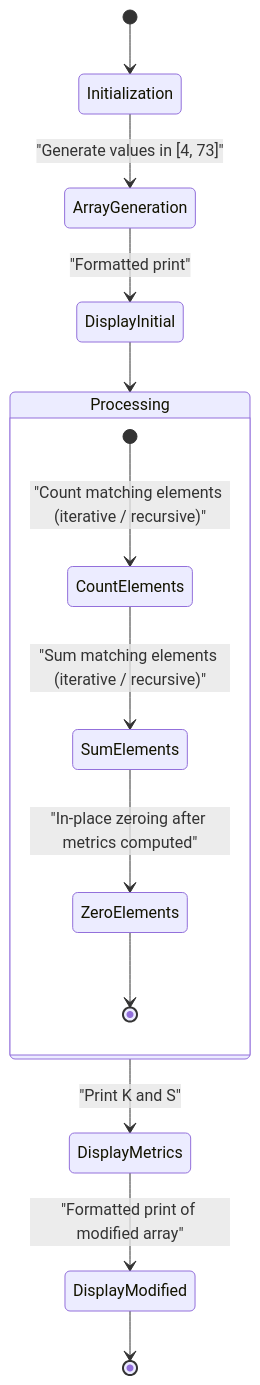
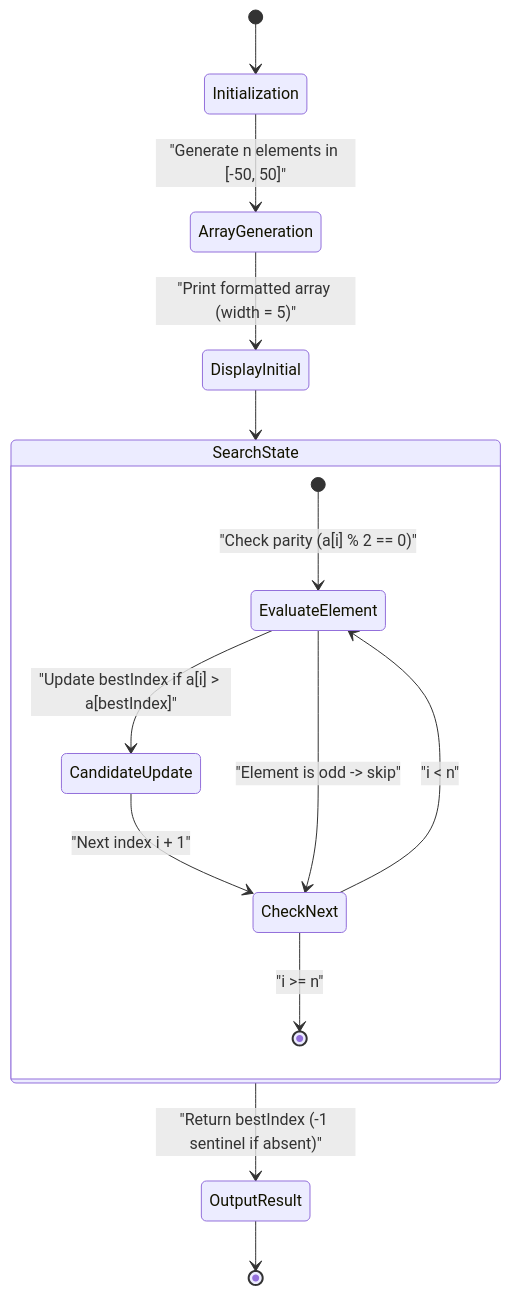
One commit to lviv-polytech/alg-cpp-labs changed the second of 3 diagrams in Lb6/README.md. Above: the diagram before and after it, drawn with Mermaid. The commit also changed other lines of this file and 5 other files, not shown here.

Commit message:
feat(lab-06): implement task 6.2 maximum even element search for variant 17

````diff
--- a/Lb6/README.md
+++ b/Lb6/README.md
@@ -60,18 +66,19 @@
 ```mermaid
 stateDiagram-v2
     [*] --> Initialization
-    Initialization --> ArrayGeneration: "Generate values in [4, 73]"
-    ArrayGeneration --> DisplayInitial: "Formatted print"
-    DisplayInitial --> Processing
+    Initialization --> ArrayGeneration: "Generate n elements in [-50, 50]"
+    ArrayGeneration --> DisplayInitial: "Print formatted array (width = 5)"
+    DisplayInitial --> SearchState
     
-    state Processing {
-        [*] --> CountElements: "Count matching elements (iterative / recursive)"
-        CountElements --> SumElements: "Sum matching elements (iterative / recursive)"
-        SumElements --> ZeroElements: "In-place zeroing after metrics computed"
-        ZeroElements --> [*]
+    state SearchState {
+        [*] --> EvaluateElement: "Check parity (a[i] % 2 == 0)"
+        EvaluateElement --> CandidateUpdate: "Update bestIndex if a[i] > a[bestIndex]"
+        CandidateUpdate --> CheckNext: "Next index i + 1"
+        EvaluateElement --> CheckNext: "Element is odd -> skip"
+        CheckNext --> EvaluateElement: "i < n"
+        CheckNext --> [*]: "i >= n"
     }
     
-    Processing --> DisplayMetrics: "Print K and S"
-    DisplayMetrics --> DisplayModified: "Formatted print of modified array"
-    DisplayModified --> [*]
+    SearchState --> OutputResult: "Return bestIndex (-1 sentinel if absent)"
+    OutputResult --> [*]
 ```
````
